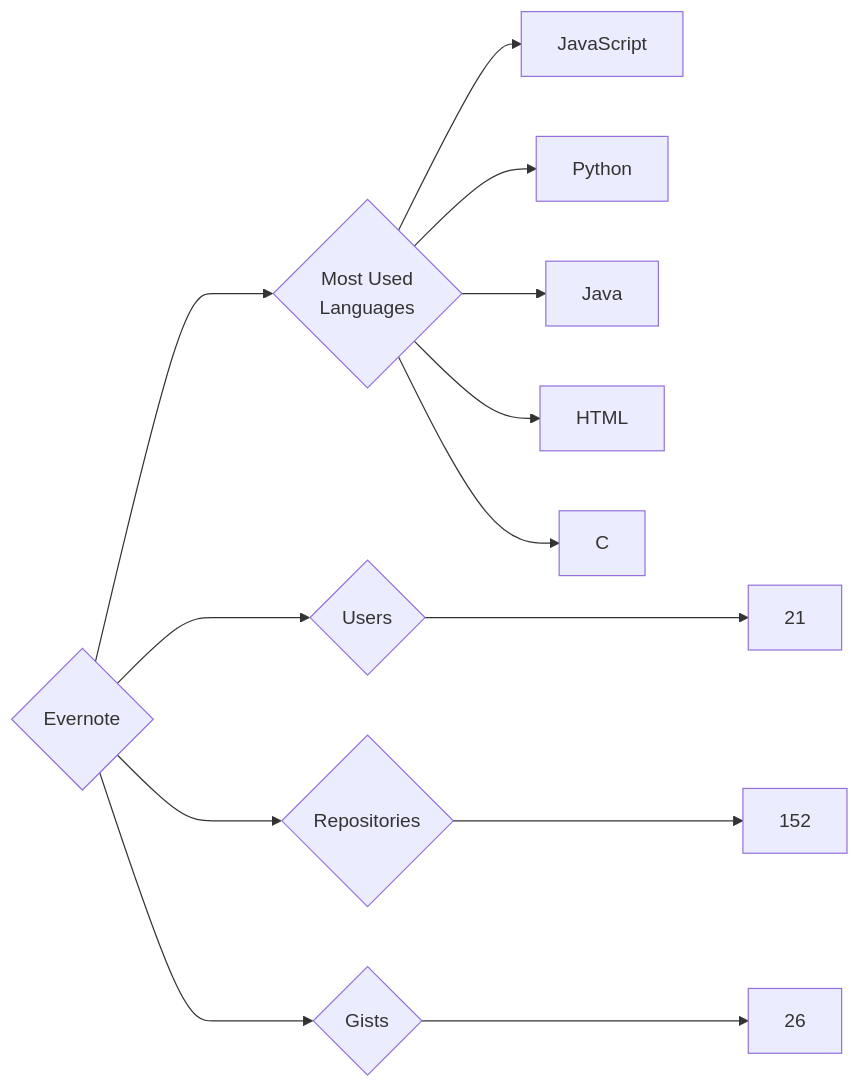
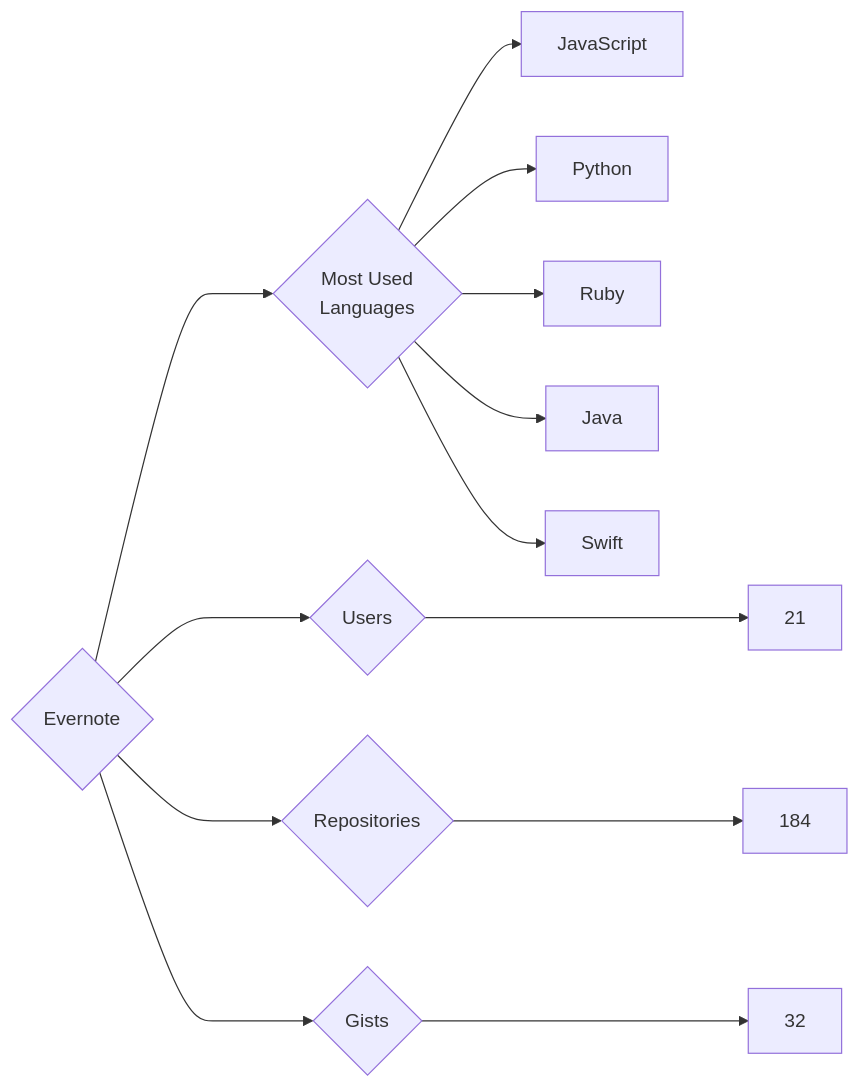
One commit to trickest/insiders changed the diagram in targets/Evernote/README.md. Above: the diagram before and after it, drawn with Mermaid. The commit also changed 775 other files, not shown here.

````diff
--- a/targets/Evernote/README.md
+++ b/targets/Evernote/README.md
@@ -3,13 +3,13 @@
 ```mermaid
 graph LR
 COMPANY_NAME{Evernote}
 COMPANY_NAME ---> U{Users} ---> UN[21]
-COMPANY_NAME ---> R{Repositories} ---> RN[152]
-COMPANY_NAME ---> G{Gists} ---> GN[26]
+COMPANY_NAME ---> R{Repositories} ---> RN[184]
+COMPANY_NAME ---> G{Gists} ---> GN[32]
 COMPANY_NAME ---> ML{Most Used<br>Languages}
 ML --> JavaScript[JavaScript]
 ML --> Python[Python]
+ML --> Ruby[Ruby]
 ML --> Java[Java]
-ML --> HTML[HTML]
-ML --> C[C]
+ML --> Swift[Swift]
 ```
````
